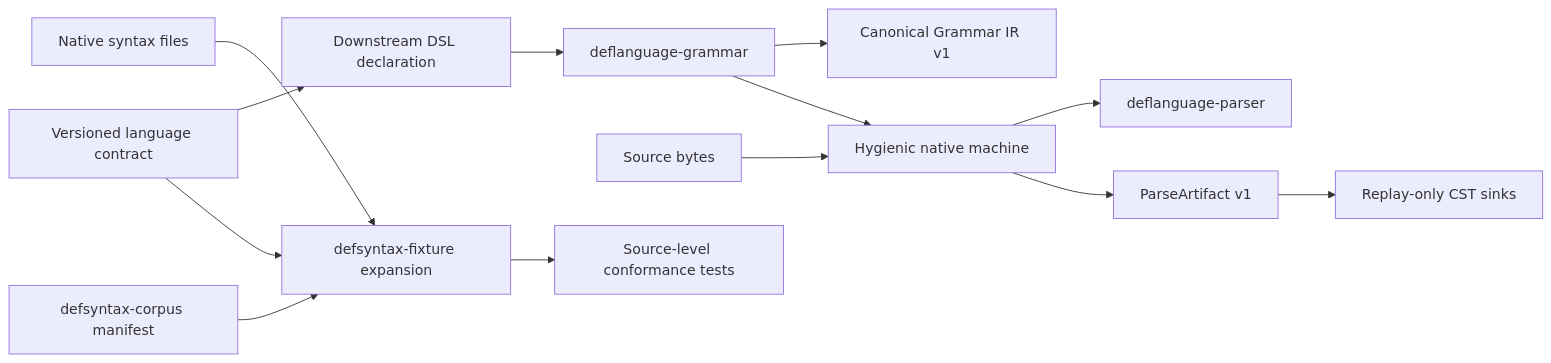
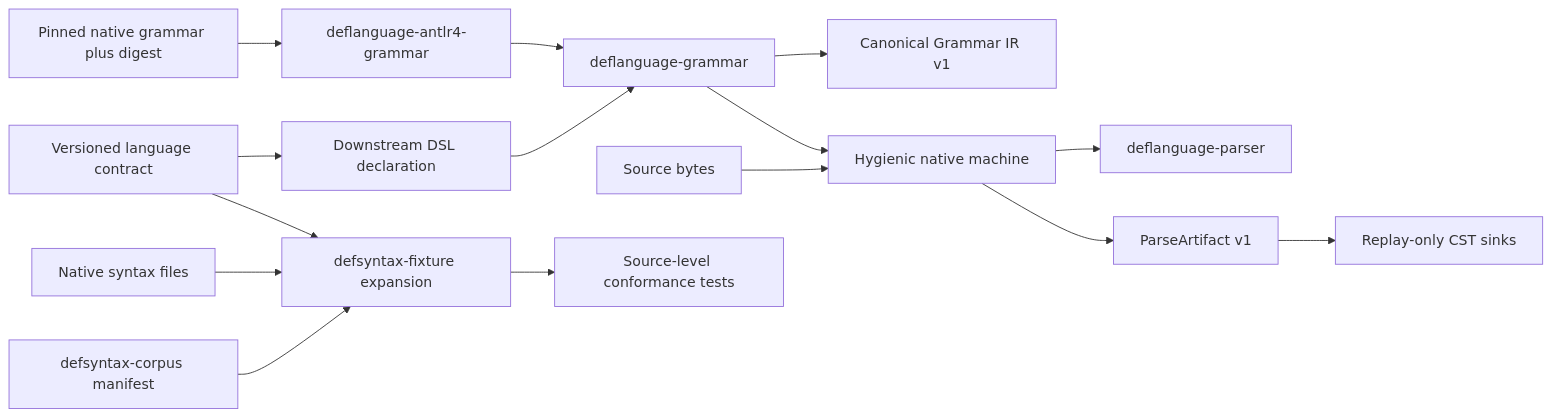
Before and after one commit to tao3k/gerbil-parser: the diagram in docs/architecture/0004-versioned-language-contracts.org, drawn with Mermaid. The commit also changed other lines of this file and 32 other files, not shown here.

```diff
--- a/docs/architecture/0004-versioned-language-contracts.org
+++ b/docs/architecture/0004-versioned-language-contracts.org
@@ -18,15 +20,17 @@
 #+begin_src mermaid
 flowchart LR
   D[Downstream DSL declaration] --> C[deflanguage-grammar]
+  NATIVE[Pinned native grammar plus digest] --> CA[deflanguage-antlr4-grammar]
+  CA --> C
   C --> N[Canonical Grammar IR v1]
   C --> M[Hygienic native machine]
   M --> E[deflanguage-parser]
   S[Source bytes] --> M
   M --> A[ParseArtifact v1]
   A --> R[Replay-only CST sinks]
   V[Versioned language contract] --> D
   F[Native syntax files] --> X[defsyntax-fixture expansion]
   C1[defsyntax-corpus manifest] --> X
   X --> T[Source-level conformance tests]
   V --> X
 #+end_src
```
